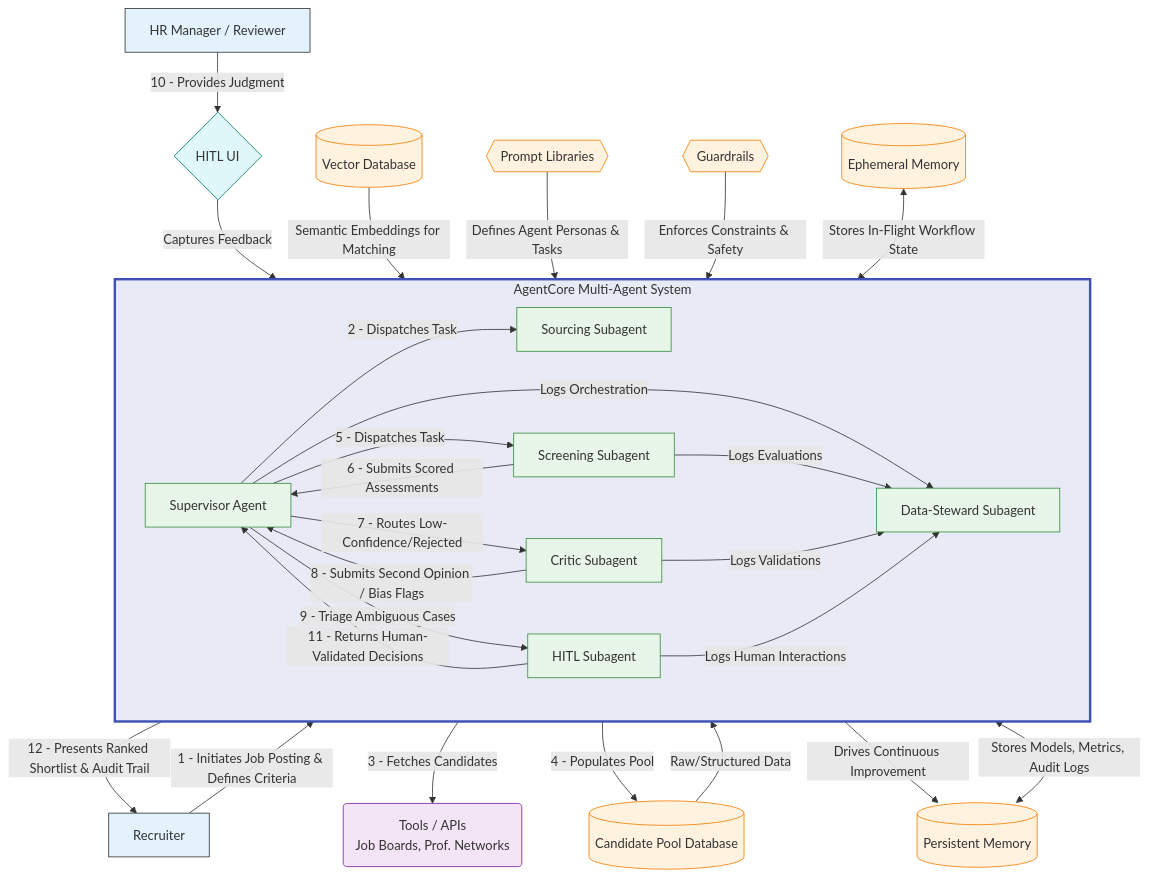
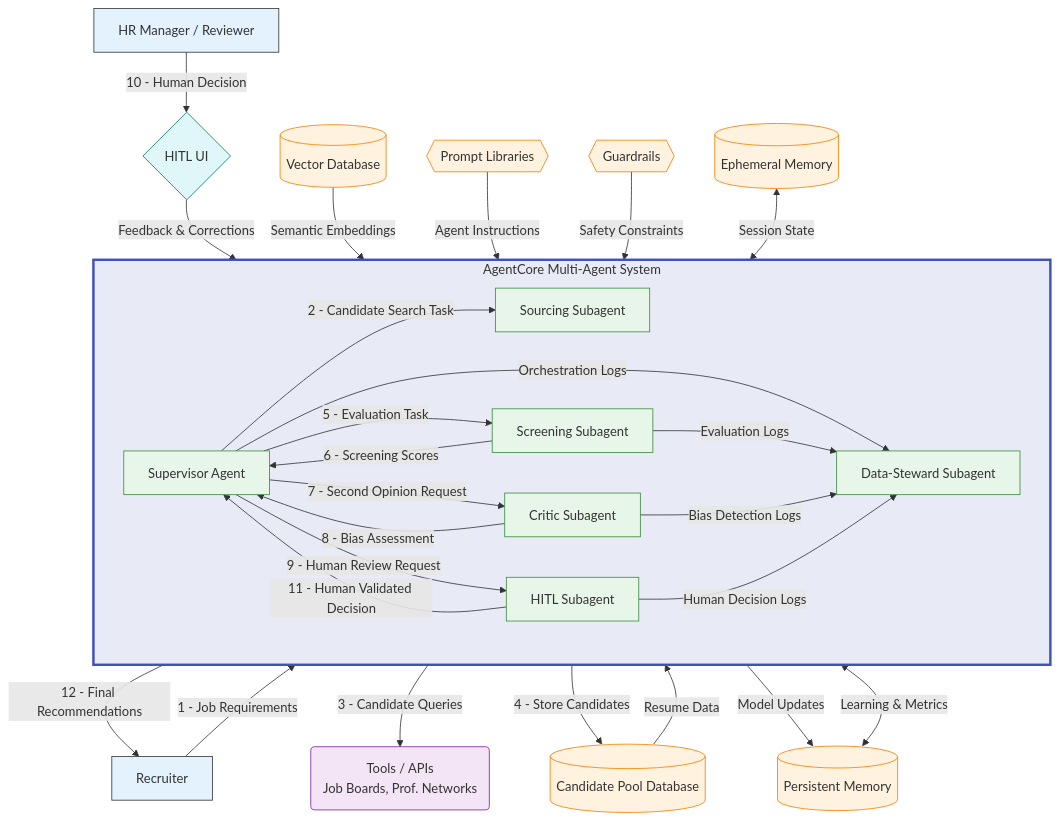
The second of 3 diagrams in demo/PLAN.md (greyyT/thesis), drawn with Mermaid before and after one commit. The commit also changed other lines of this file and 2 other files, not shown here.

Commit message:
Refactor demo presentation materials and enhance styling
- Updated PLAN.md to improve clarity and flow of the multi-agent recruitment system diagram, including clearer labels and connections.
- Revised slides.md to enhance the narrative structure, adding detailed explanations and visual elements to better illustrate the AI-powered recruitment system's impact and functionality.
- Enhanced style.css with custom scrollbar styling for better visibility, improved diagram container aesthetics, and refined table styling for presentations.

````diff
--- a/demo/PLAN.md
+++ b/demo/PLAN.md
@@ -214,67 +214,67 @@
 ```mermaid
 graph TD
     %% Human Actors & Interfaces
-    A[Recruiter] -- "1 - Initiates Job Posting & Defines Criteria" --> AgentCoreSystem
-    C[HR Manager / Reviewer] -- "10 - Provides Judgment" --> D{HITL UI}
-    D -- "Captures Feedback" --> AgentCoreSystem
+    A[Recruiter] -->|"1 - Job Requirements"| AgentCoreSystem
+    C[HR Manager / Reviewer] -->|"10 - Human Decision"| D{HITL UI}
+    D -->|"Feedback & Corrections"| AgentCoreSystem
 
     %% AgentCore System with all agents
     subgraph AgentCoreSystem["AgentCore Multi-Agent System"]
         %% Multi-Agent System Core
         B[Supervisor Agent]
         F[Sourcing Subagent]
         G[Screening Subagent]
         H[Critic Subagent]
         E[HITL Subagent]
         P[Data-Steward Subagent]
 
         %% Internal Agent Communications
-        B -- "2 - Dispatches Task" --> F
-        B -- "5 - Dispatches Task" --> G
-        B -- "7 - Routes Low-Confidence/Rejected" --> H
-        B -- "9 - Triage Ambiguous Cases" --> E
+        B -->|"2 - Candidate Search Task"| F
+        B -->|"5 - Evaluation Task"| G
+        B -->|"7 - Second Opinion Request"| H
+        B -->|"9 - Human Review Request"| E
 
-        G -- "6 - Submits Scored Assessments" --> B
-        H -- "8 - Submits Second Opinion / Bias Flags" --> B
-        E -- "11 - Returns Human-Validated Decisions" --> B
+        G -->|"6 - Screening Scores"| B
+        H -->|"8 - Bias Assessment"| B
+        E -->|"11 - Human Validated Decision"| B
 
         %% Logging connections
-        B -- "Logs Orchestration" --> P
-        G -- "Logs Evaluations" --> P
-        H -- "Logs Validations" --> P
-        E -- "Logs Human Interactions" --> P
+        B -->|"Orchestration Logs"| P
+        G -->|"Evaluation Logs"| P
+        H -->|"Bias Detection Logs"| P
+        E -->|"Human Decision Logs"| P
     end
 
-    AgentCoreSystem -- "12 - Presents Ranked Shortlist & Audit Trail" --> A
+    AgentCoreSystem -->|"12 - Final Recommendations"| A
 
     %% Data & Knowledge Layer
-    K[(Candidate Pool Database)] -- "Raw/Structured Data" --> AgentCoreSystem
-    L[(Vector Database)] -- "Semantic Embeddings for Matching" --> AgentCoreSystem
-    M{{Prompt Libraries}} -- "Defines Agent Personas & Tasks" --> AgentCoreSystem
-    N{{Guardrails}} -- "Enforces Constraints & Safety" --> AgentCoreSystem
-    O[(Persistent Memory)] -- "Stores Models, Metrics, Audit Logs" <--> AgentCoreSystem
-    J[(Ephemeral Memory)] -- "Stores In-Flight Workflow State" <--> AgentCoreSystem
+    K[(Candidate Pool Database)] -->|"Resume Data"| AgentCoreSystem
+    L[(Vector Database)] -->|"Semantic Embeddings"| AgentCoreSystem
+    M{{Prompt Libraries}} -->|"Agent Instructions"| AgentCoreSystem
+    N{{Guardrails}} -->|"Safety Constraints"| AgentCoreSystem
+    O[(Persistent Memory)] <-->|"Learning & Metrics"| AgentCoreSystem
+    J[(Ephemeral Memory)] <-->|"Session State"| AgentCoreSystem
 
     %% External Systems
     I(Tools / APIs <br> Job Boards, Prof. Networks)
 
     %% External connections
-    AgentCoreSystem -- "3 - Fetches Candidates" --> I
-    AgentCoreSystem -- "4 - Populates Pool" --> K
-    AgentCoreSystem -- "Drives Continuous Improvement" --> O
+    AgentCoreSystem -->|"3 - Candidate Queries"| I
+    AgentCoreSystem -->|"4 - Store Candidates"| K
+    AgentCoreSystem -->|"Model Updates"| O
 
     %% Styling
     classDef human fill:#e3f2fd,stroke:#333
     classDef agent fill:#e8f5e9,stroke:#388e3c
     classDef data fill:#fff3e0,stroke:#f57c00
     classDef external fill:#f3e5f5,stroke:#7b1fa2
     classDef interface fill:#e0f7fa,stroke:#00796b
     classDef agentCore fill:#e8eaf6,stroke:#3f51b5,stroke-width:3px
 
     class A,C human
     class B,F,G,H,E,P agent
     class K,L,M,N,O,J data
     class I external
     class D interface
     class AgentCoreSystem agentCore
 ```
````
